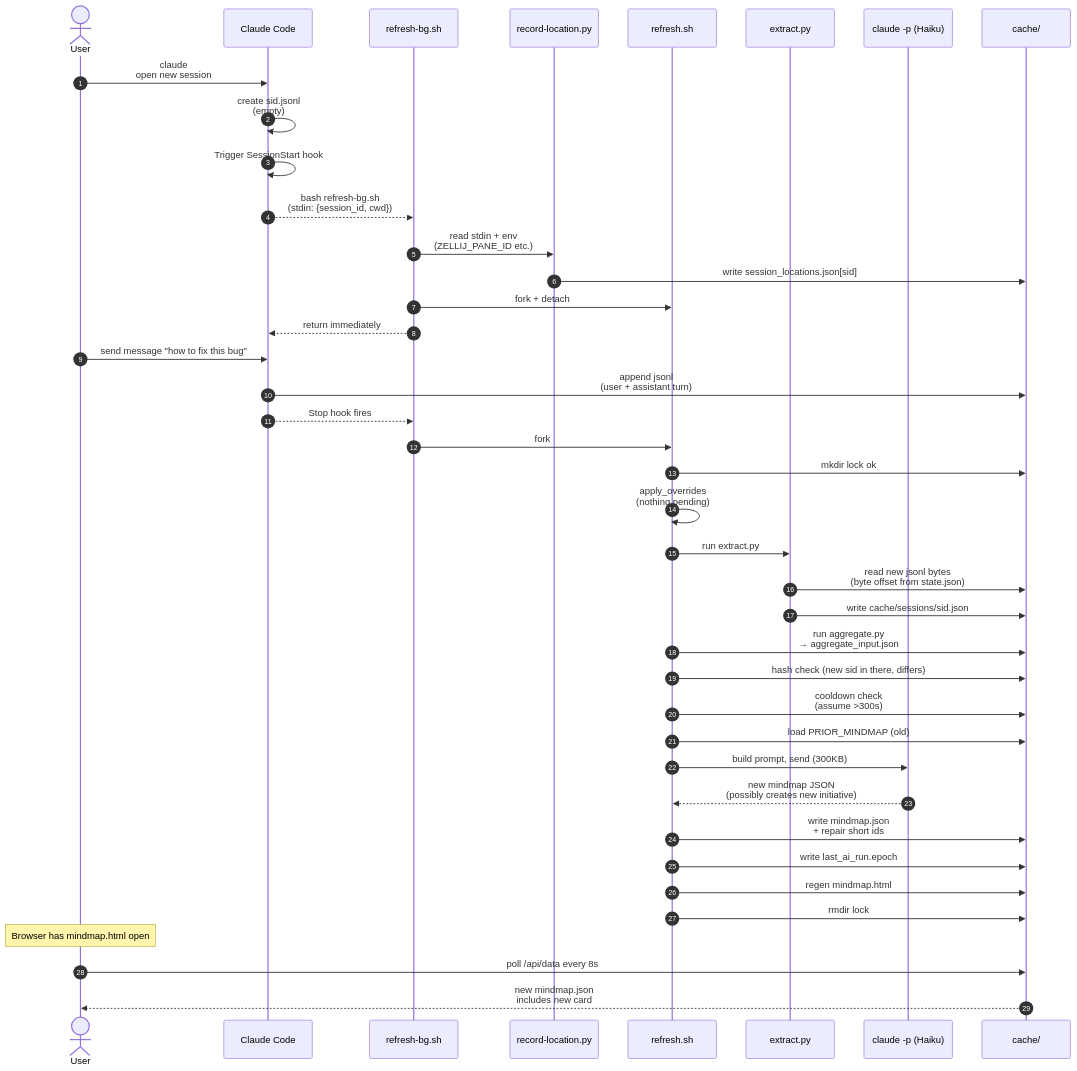
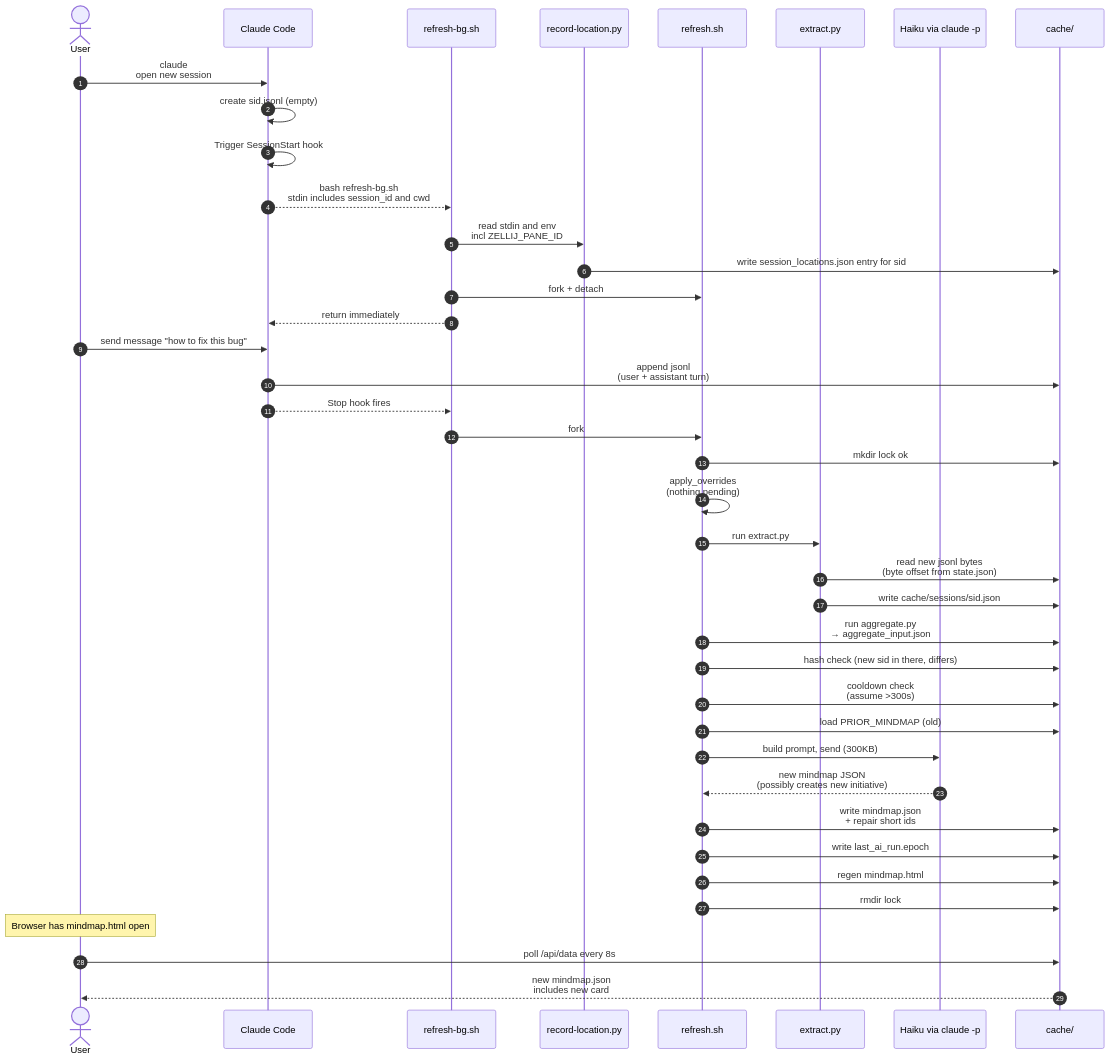
The sixth of 11 diagrams in docs/ARCHITECTURE.md (Icesource/claude-code-worktree), drawn with Mermaid before and after one commit. The commit also changed other lines of this file and 1 other file, not shown here.

First line of the commit message:
Fix Mermaid syntax errors in ARCHITECTURE diagrams

````diff
--- a/docs/ARCHITECTURE.md
+++ b/docs/ARCHITECTURE.md
@@ -421,45 +421,45 @@
 ```mermaid
 sequenceDiagram
     autonumber
     actor U as User
     participant CC as Claude Code
     participant H as refresh-bg.sh
     participant L as record-location.py
     participant R as refresh.sh
     participant E as extract.py
-    participant AI as claude -p (Haiku)
+    participant AI as Haiku via claude -p
     participant FS as cache/
 
     U->>CC: claude<br/>open new session
-    CC->>CC: create sid.jsonl<br/>(empty)
+    CC->>CC: create sid.jsonl (empty)
     CC->>CC: Trigger SessionStart hook
-    CC-->>H: bash refresh-bg.sh<br/>(stdin: {session_id, cwd})
-    H->>L: read stdin + env<br/>(ZELLIJ_PANE_ID etc.)
-    L->>FS: write session_locations.json[sid]
+    CC-->>H: bash refresh-bg.sh<br/>stdin includes session_id and cwd
+    H->>L: read stdin and env<br/>incl ZELLIJ_PANE_ID
+    L->>FS: write session_locations.json entry for sid
     H->>R: fork + detach
     H-->>CC: return immediately
 
     U->>CC: send message "how to fix this bug"
     CC->>FS: append jsonl<br/>(user + assistant turn)
     CC-->>H: Stop hook fires
     H->>R: fork
     R->>FS: mkdir lock ok
     R->>R: apply_overrides<br/>(nothing pending)
     R->>E: run extract.py
     E->>FS: read new jsonl bytes<br/>(byte offset from state.json)
     E->>FS: write cache/sessions/sid.json
     R->>FS: run aggregate.py<br/>→ aggregate_input.json
     R->>FS: hash check (new sid in there, differs)
     R->>FS: cooldown check<br/>(assume >300s)
     R->>FS: load PRIOR_MINDMAP (old)
     R->>AI: build prompt, send (300KB)
     AI-->>R: new mindmap JSON<br/>(possibly creates new initiative)
     R->>FS: write mindmap.json<br/>+ repair short ids
     R->>FS: write last_ai_run.epoch
     R->>FS: regen mindmap.html
     R->>FS: rmdir lock
 
     Note over U: Browser has mindmap.html open
     U->>FS: poll /api/data every 8s
     FS-->>U: new mindmap.json<br/>includes new card
 ```
````
